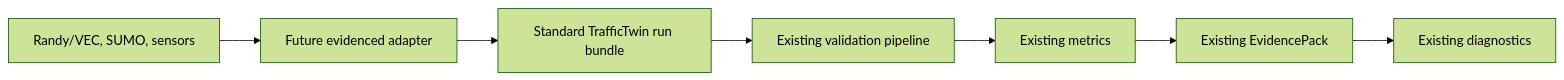
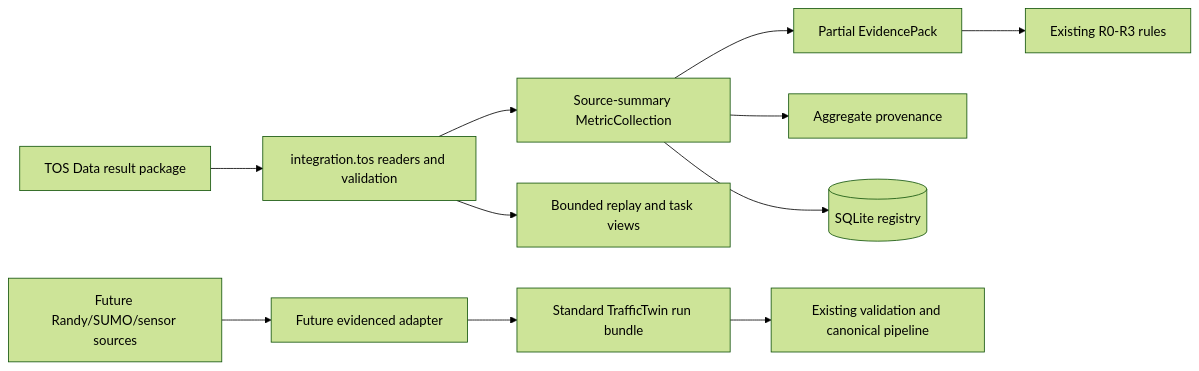
The seventh of 9 diagrams in docs/architecture.md (Abdulla4akash/traffictwin), drawn with Mermaid (forest theme) before and after one commit. The commit also changed other lines of this file and 55 other files, not shown here.

Commit message:
feat(integration): add read-only TOS data workflow

````diff
--- a/docs/architecture.md
+++ b/docs/architecture.md
@@ -243,9 +255,14 @@
 ```mermaid
 flowchart LR
-    External[Randy/VEC, SUMO, sensors] --> Adapter[Future evidenced adapter]
-    Adapter --> StandardBundle[Standard TrafficTwin run bundle]
-    StandardBundle --> ExistingPipeline[Existing validation pipeline]
-    ExistingPipeline --> Metrics[Existing metrics]
-    Metrics --> Evidence[Existing EvidencePack]
-    Evidence --> Diagnostics[Existing diagnostics]
+    TOS[TOS Data result package] --> TOSReader[integration.tos readers and validation]
+    TOSReader --> Summary[Source-summary MetricCollection]
+    TOSReader --> Views[Bounded replay and task views]
+    Summary --> PartialEvidence[Partial EvidencePack]
+    PartialEvidence --> ExistingRules[Existing R0-R3 rules]
+    Summary --> AggregateTrace[Aggregate provenance]
+    Summary --> Registry[(SQLite registry)]
+
+    Other[Future Randy/SUMO/sensor sources] --> FutureAdapter[Future evidenced adapter]
+    FutureAdapter --> StandardBundle[Standard TrafficTwin run bundle]
+    StandardBundle --> ExistingPipeline[Existing validation and canonical pipeline]
 ```
````
